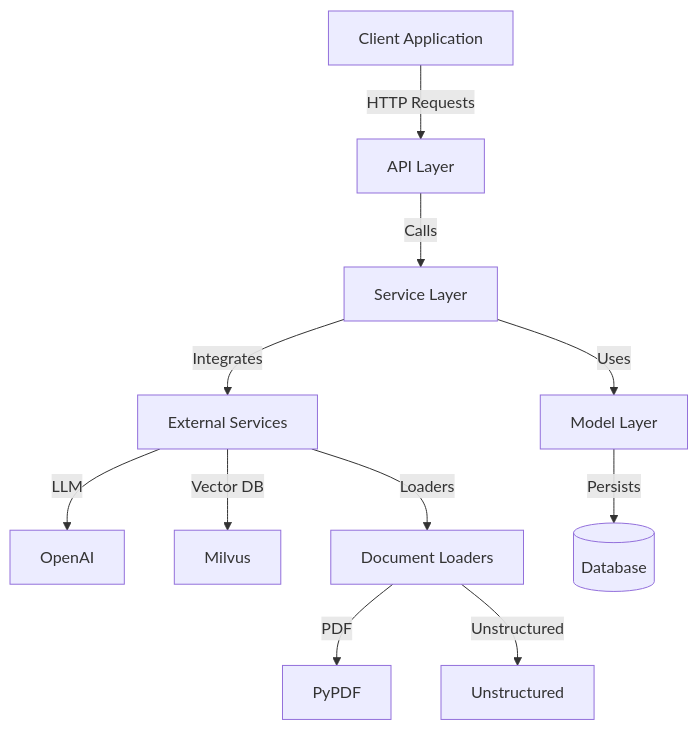
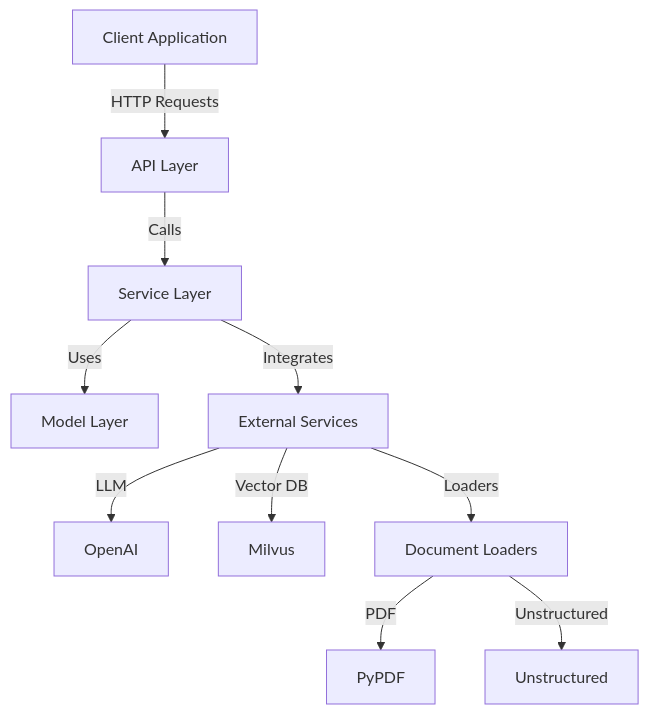
The first of 3 diagrams in backend/docs/architecture.md (whyhow-ai/knowledge-table), drawn with Mermaid before and after one commit. The commit also changed other lines of this file and 15 other files, not shown here.

````diff
--- a/backend/docs/architecture.md
+++ b/backend/docs/architecture.md
@@ -14,13 +5,12 @@
 ```mermaid
 graph TD
     Client[Client Application] -->|HTTP Requests| API[API Layer]
     API -->|Calls| Services[Service Layer]
     Services -->|Uses| Models[Model Layer]
     Services -->|Integrates| Ext[External Services]
     Ext -->|LLM| OpenAI[OpenAI]
     Ext -->|Vector DB| Milvus[Milvus]
     Ext -->|Loaders| DocLoaders[Document Loaders]
     DocLoaders -->|PDF| PyPDF[PyPDF]
     DocLoaders -->|Unstructured| Unstructured[Unstructured]
-    Models -->|Persists| DB[(Database)]
 ```
````
